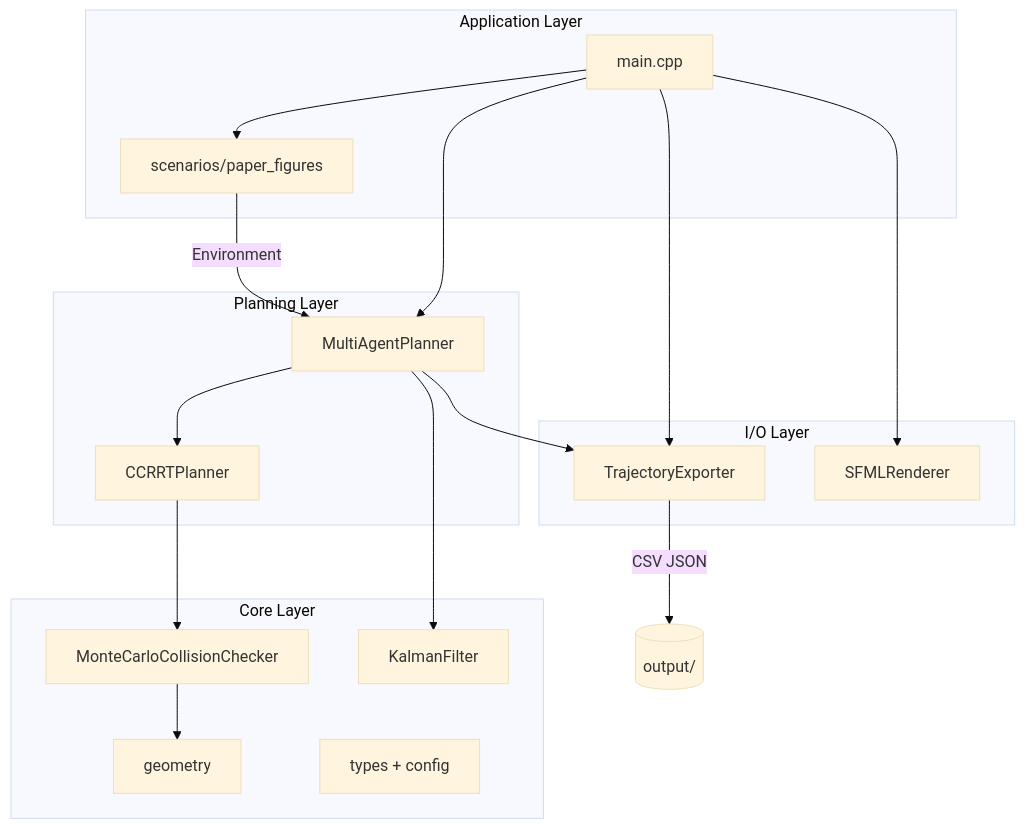
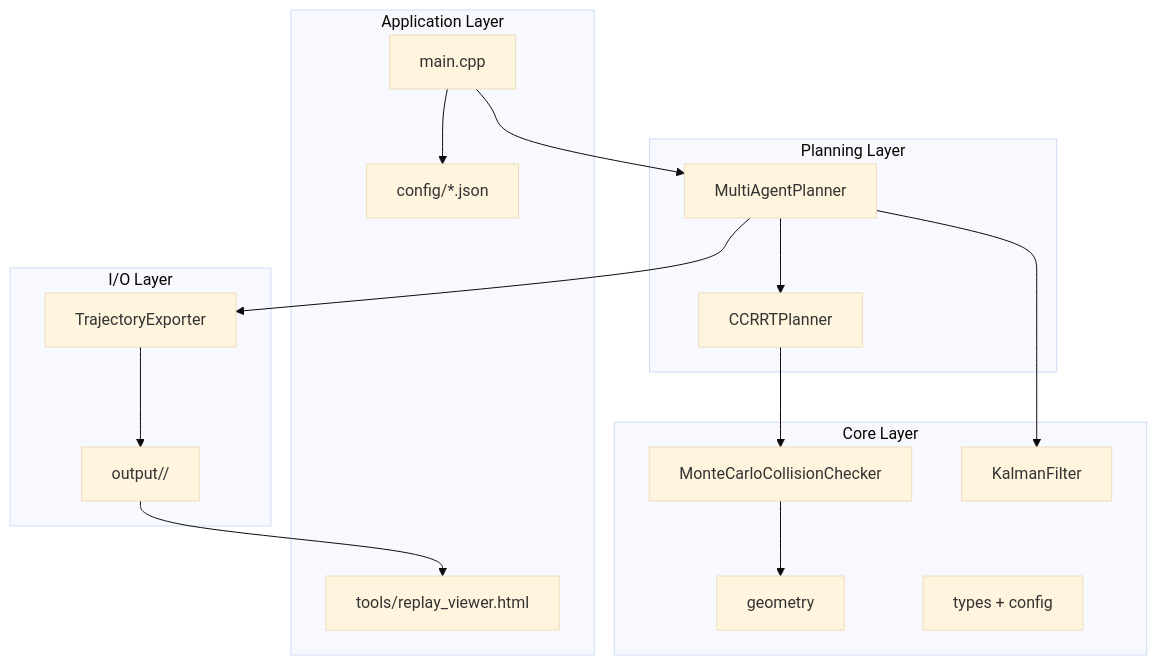
Before and after one commit to yashbagla321/Multi-agent-CCRRT: the first of 2 diagrams in cpp/ARCHITECTURE.md, drawn with Mermaid (base theme). The commit also changed other lines of this file and 97 other files, not shown here.

Commit message:
Refactor multi-agent CCRRT planner

````diff
--- a/cpp/ARCHITECTURE.md
+++ b/cpp/ARCHITECTURE.md
@@ -13,36 +9,35 @@
 ```mermaid
 flowchart TB
     subgraph application [Application Layer]
-        Main[main.cpp]
-        Scenarios[scenarios/paper_figures]
+        Main["main.cpp"]
+        Config["config/*.json"]
+        Viewer["tools/replay_viewer.html"]
     end
 
     subgraph planning [Planning Layer]
-        MAP[MultiAgentPlanner]
-        CCRRT[CCRRTPlanner]
+        MAP["MultiAgentPlanner"]
+        CCRRT["CCRRTPlanner"]
     end
 
     subgraph core [Core Layer]
-        Collision[MonteCarloCollisionChecker]
-        Kalman[KalmanFilter]
-        Geometry[geometry]
-        Types[types + config]
+        Collision["MonteCarloCollisionChecker"]
+        Kalman["KalmanFilter"]
+        Geometry["geometry"]
+        Types["types + config"]
     end
 
     subgraph io [I/O Layer]
-        Export[TrajectoryExporter]
-        Viz[SFMLRenderer]
+        Export["TrajectoryExporter"]
+        Disk["output/<scenario>/"]
     end
 
-    Main --> Scenarios
-    Scenarios -->|Environment| MAP
+    Main --> Config
     Main --> MAP
     MAP --> CCRRT
     MAP --> Kalman
     CCRRT --> Collision
     Collision --> Geometry
     MAP --> Export
-    Main --> Export
-    Main --> Viz
-    Export -->|CSV JSON| Disk[(output/)]
+    Export --> Disk
+    Disk --> Viewer
 ```
````
